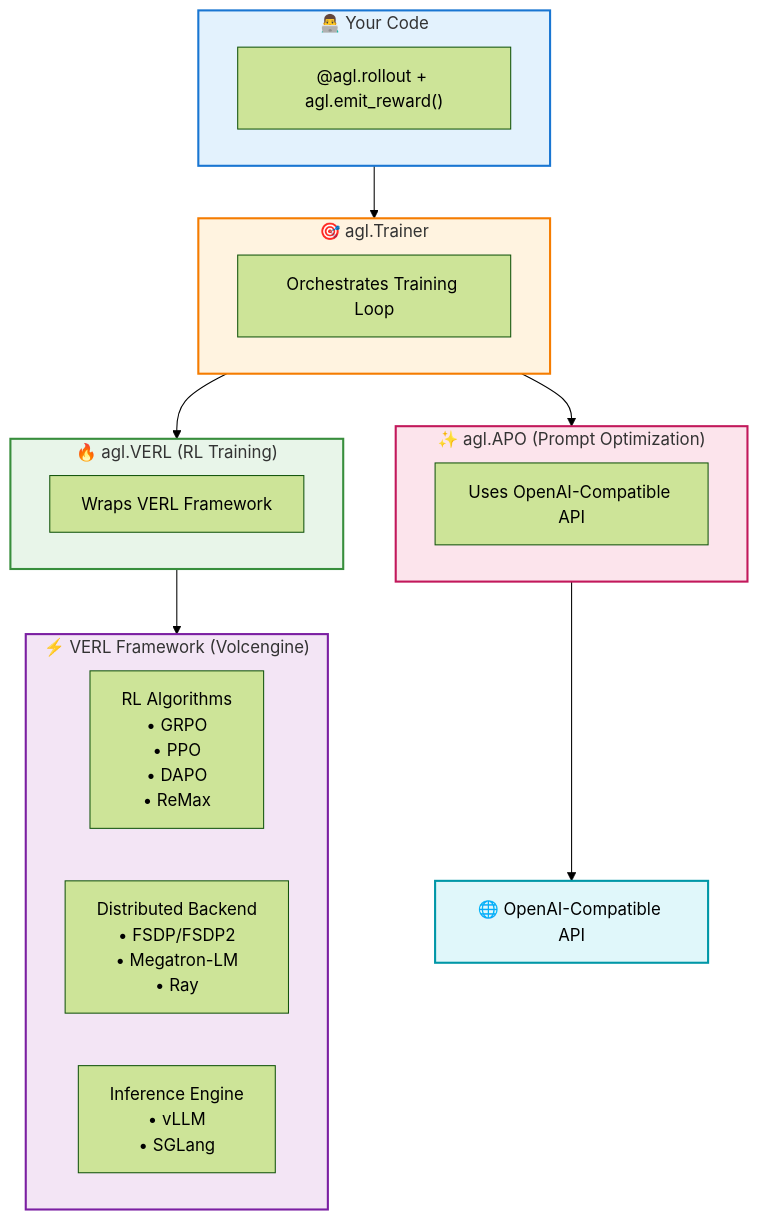
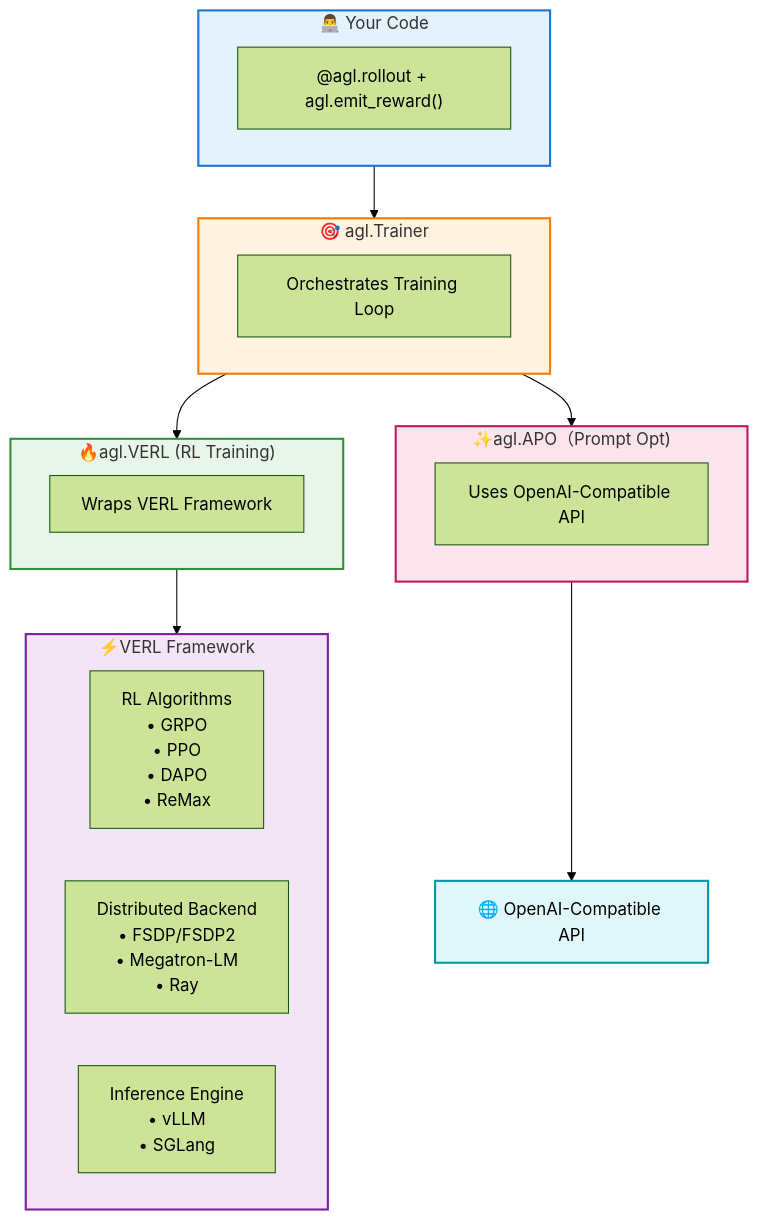
One commit to david-xinyuwei/david-share changed the first of 2 diagrams in Deep-Learning/Agent-Lighting/README.md. Above: the diagram before and after it, drawn with Mermaid (forest theme). The commit also changed other lines of this file and 1 other file, not shown here.

Commit message:
Update README files with beautified ASCII diagrams and Mermaid call chain

````diff
--- a/Deep-Learning/Agent-Lighting/README.md
+++ b/Deep-Learning/Agent-Lighting/README.md
@@ -95,41 +95,41 @@
 ```mermaid
 flowchart TB
     subgraph UserCode["👨‍💻 Your Code"]
         rollout["@agl.rollout + agl.emit_reward()"]
     end
     
     subgraph Trainer["🎯 agl.Trainer"]
         trainer["Orchestrates Training Loop"]
     end
     
     UserCode --> Trainer
     
     Trainer --> VERL
     Trainer --> APO
     
-    subgraph VERL["🔥 agl.VERL (RL Training)"]
+    subgraph VERL["🔥agl.VERL (RL Training)"]
         verl_algo["Wraps VERL Framework"]
     end
     
-    subgraph APO["✨ agl.APO (Prompt Optimization)"]
+    subgraph APO["✨agl.APO（Prompt Opt)"]
         apo_algo["Uses OpenAI-Compatible API"]
     end
     
     VERL --> VERLFramework
     
-    subgraph VERLFramework["⚡ VERL Framework (Volcengine)"]
+    subgraph VERLFramework["⚡VERL Framework"]
         direction LR
         rl["RL Algorithms<br/>• GRPO<br/>• PPO<br/>• DAPO<br/>• ReMax"]
         dist["Distributed Backend<br/>• FSDP/FSDP2<br/>• Megatron-LM<br/>• Ray"]
         infer["Inference Engine<br/>• vLLM<br/>• SGLang"]
     end
     
     APO --> OpenAI["🌐 OpenAI-Compatible API"]
 
     style UserCode fill:#e3f2fd,stroke:#1976d2,stroke-width:2px
     style Trainer fill:#fff3e0,stroke:#f57c00,stroke-width:2px
     style VERL fill:#e8f5e9,stroke:#388e3c,stroke-width:2px
     style APO fill:#fce4ec,stroke:#c2185b,stroke-width:2px
     style VERLFramework fill:#f3e5f5,stroke:#7b1fa2,stroke-width:2px
     style OpenAI fill:#e0f7fa,stroke:#0097a7,stroke-width:2px
 ```
````
